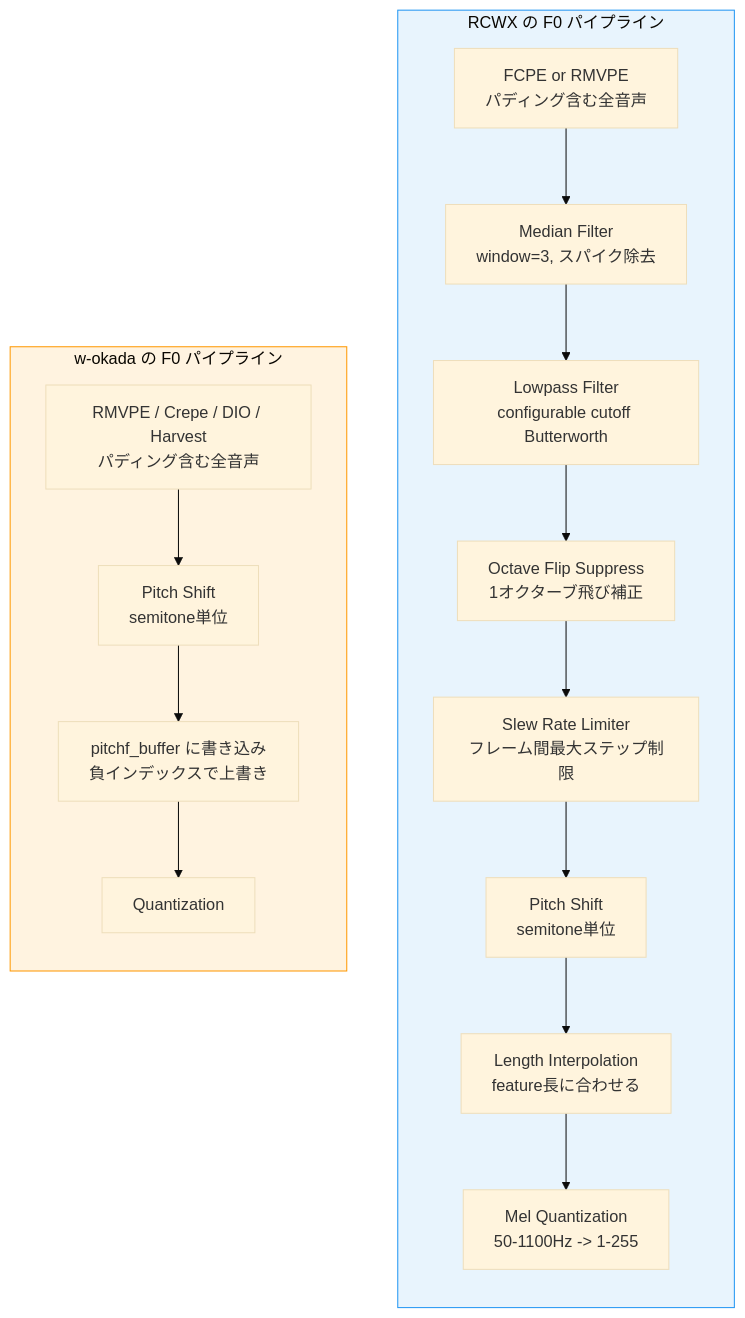
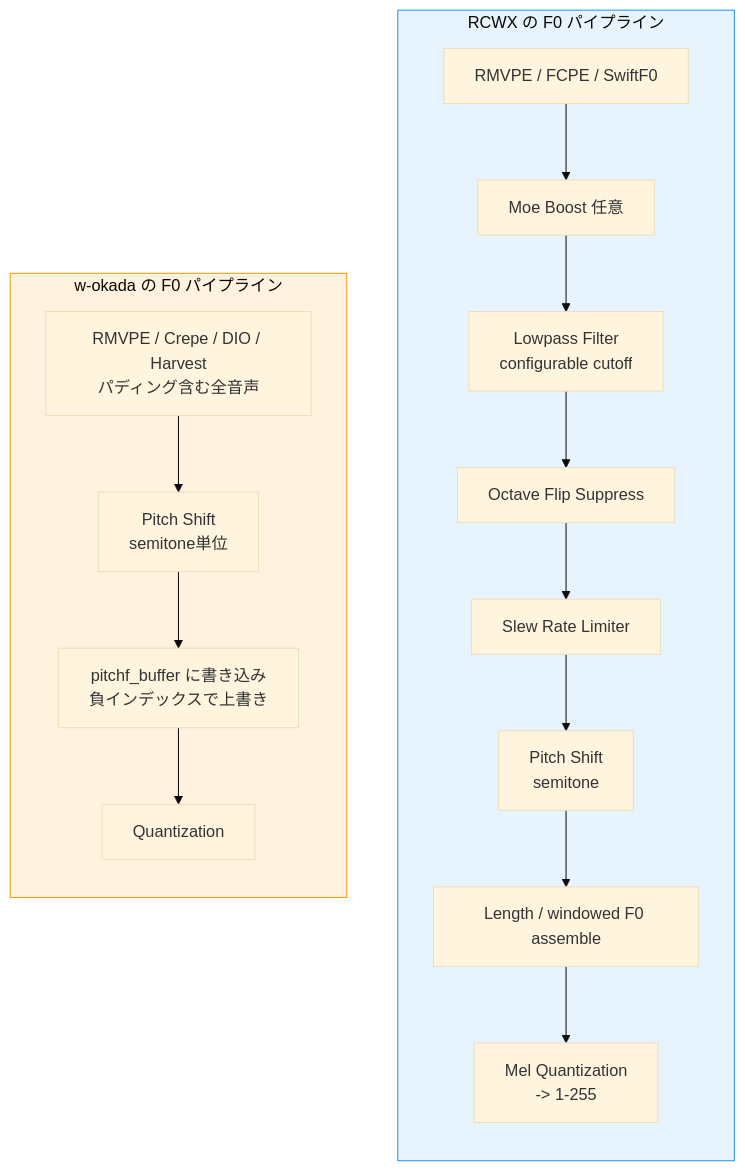
One commit to kjranyone/RCWX changed the ninth of 16 diagrams in docs/pipeline-comparison-wokada.md. Above: the diagram before and after it, drawn with Mermaid (base theme). The commit also changed other lines of this file and 14 other files, not shown here.

````diff
--- a/docs/pipeline-comparison-wokada.md
+++ b/docs/pipeline-comparison-wokada.md
@@ -318,23 +334,23 @@
 ```mermaid
 flowchart TB
     subgraph rcwx[RCWX の F0 パイプライン]
         direction TB
-        R1[FCPE or RMVPE<br/>パディング含む全音声] --> R3[Median Filter<br/>window=3, スパイク除去]
-        R3 --> R4[Lowpass Filter<br/>configurable cutoff Butterworth]
-        R4 --> R4b[Octave Flip Suppress<br/>1オクターブ飛び補正]
-        R4b --> R4c[Slew Rate Limiter<br/>フレーム間最大ステップ制限]
-        R4c --> R5[Pitch Shift<br/>semitone単位]
-        R5 --> R6[Length Interpolation<br/>feature長に合わせる]
-        R6 --> R7[Mel Quantization<br/>50-1100Hz -> 1-255]
+        R1[RMVPE / FCPE / SwiftF0] --> R2[Moe Boost 任意]
+        R2 --> R4[Lowpass Filter<br/>configurable cutoff]
+        R4 --> R4b[Octave Flip Suppress]
+        R4b --> R4c[Slew Rate Limiter]
+        R4c --> R5[Pitch Shift<br/>semitone]
+        R5 --> R6[Length / windowed F0 assemble]
+        R6 --> R7[Mel Quantization<br/>-> 1-255]
     end
 
     subgraph wokada[w-okada の F0 パイプライン]
         direction TB
         W1[RMVPE / Crepe / DIO / Harvest<br/>パディング含む全音声] --> W2[Pitch Shift<br/>semitone単位]
         W2 --> W3[pitchf_buffer に書き込み<br/>負インデックスで上書き]
         W3 --> W4[Quantization]
     end
 
     style rcwx fill:#e8f4fd,stroke:#2196F3
     style wokada fill:#fff3e0,stroke:#FF9800
 ```
````
